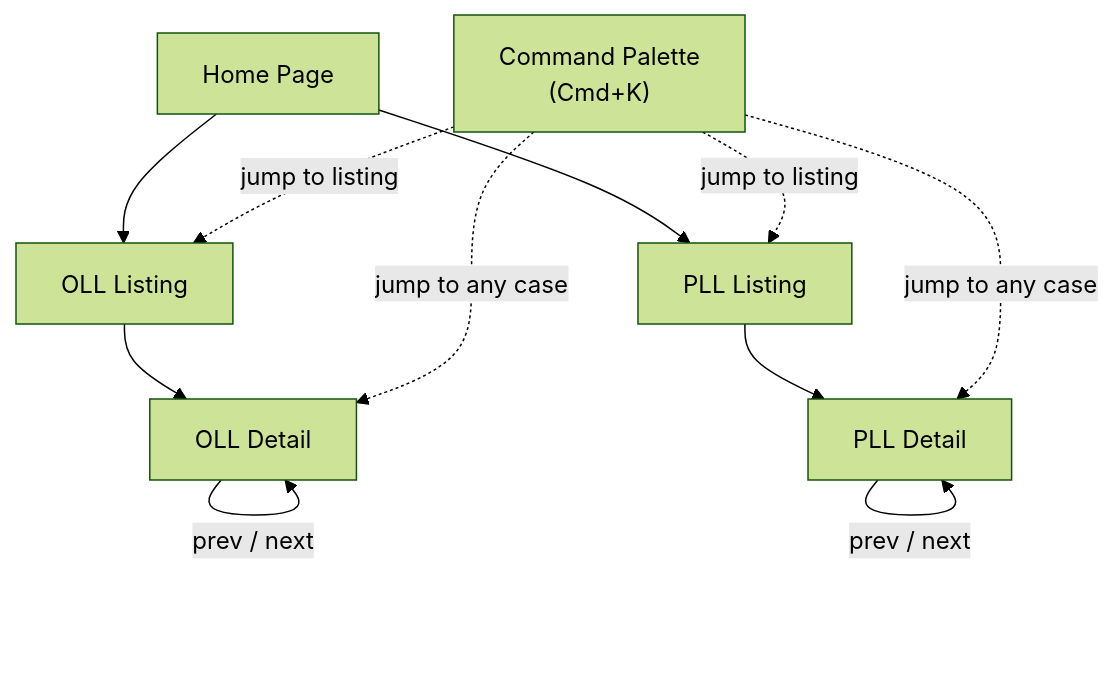
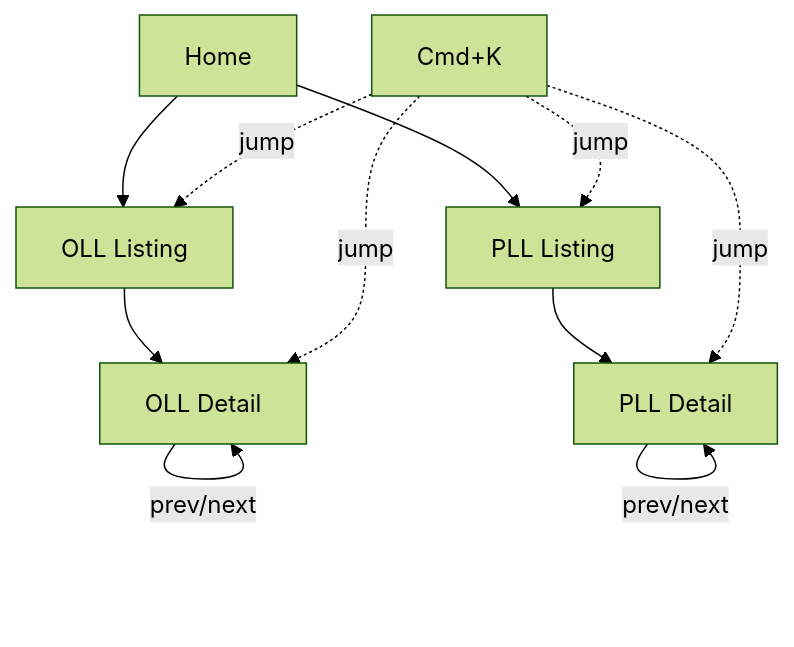
The first of 2 diagrams in docs/product/pages-and-layout.md (ajmalk/cubehill), drawn with Mermaid (forest theme) before and after one commit. The commit also changed other lines of this file and 6 other files, not shown here.

First line of the commit message:
Clean up diagrams: shorter labels, less clutter

````diff
--- a/docs/product/pages-and-layout.md
+++ b/docs/product/pages-and-layout.md
@@ -7,21 +7,8 @@
 ```mermaid
 flowchart TD
-    Home["Home Page"]
-    OLLList["OLL Listing"]
-    PLLList["PLL Listing"]
-    OLLDetail["OLL Detail"]
-    PLLDetail["PLL Detail"]
-    CmdK["Command Palette\n(Cmd+K)"]
-
-    Home --> OLLList
-    Home --> PLLList
-    OLLList --> OLLDetail
-    PLLList --> PLLDetail
-    OLLDetail -- "prev / next" --> OLLDetail
-    PLLDetail -- "prev / next" --> PLLDetail
-
-    CmdK -. "jump to any case" .-> OLLDetail
-    CmdK -. "jump to any case" .-> PLLDetail
-    CmdK -. "jump to listing" .-> OLLList
-    CmdK -. "jump to listing" .-> PLLList
+    Home[Home] --> OLL[OLL Listing] --> OLLCase[OLL Detail]
+    Home --> PLL[PLL Listing] --> PLLCase[PLL Detail]
+    OLLCase -- prev/next --> OLLCase
+    PLLCase -- prev/next --> PLLCase
+    CmdK[Cmd+K] -. jump .-> OLLCase & PLLCase & OLL & PLL
 ```
````
